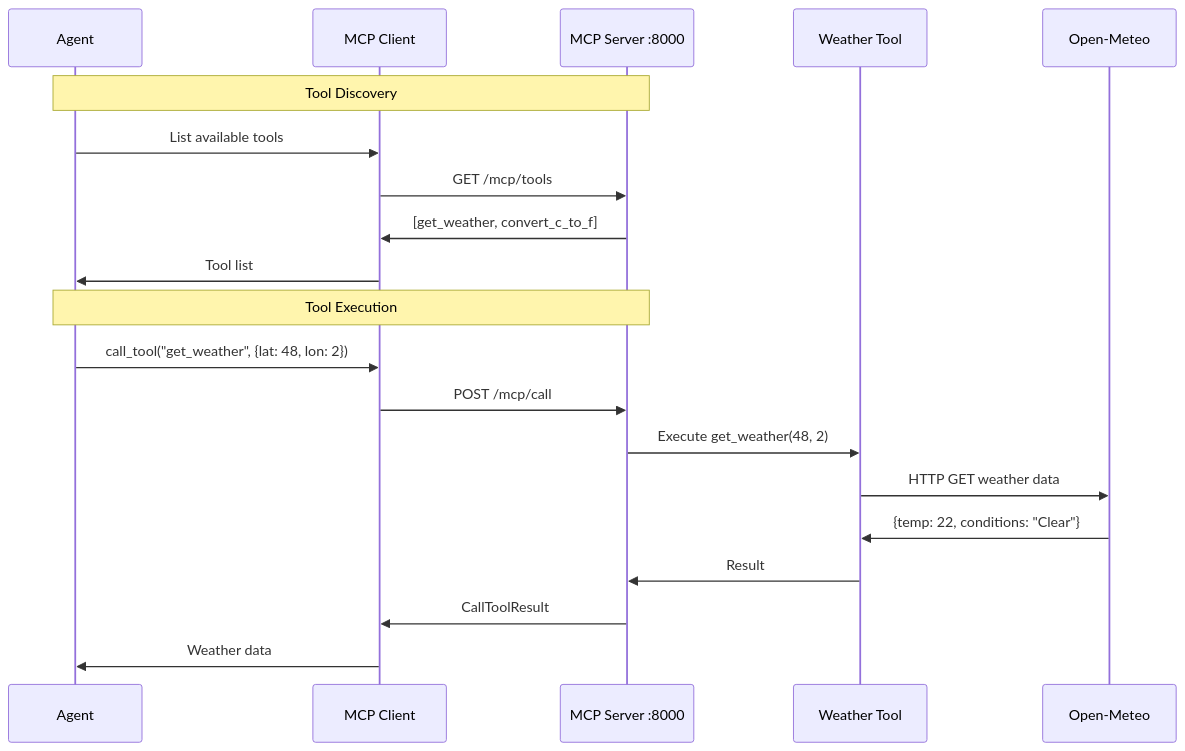
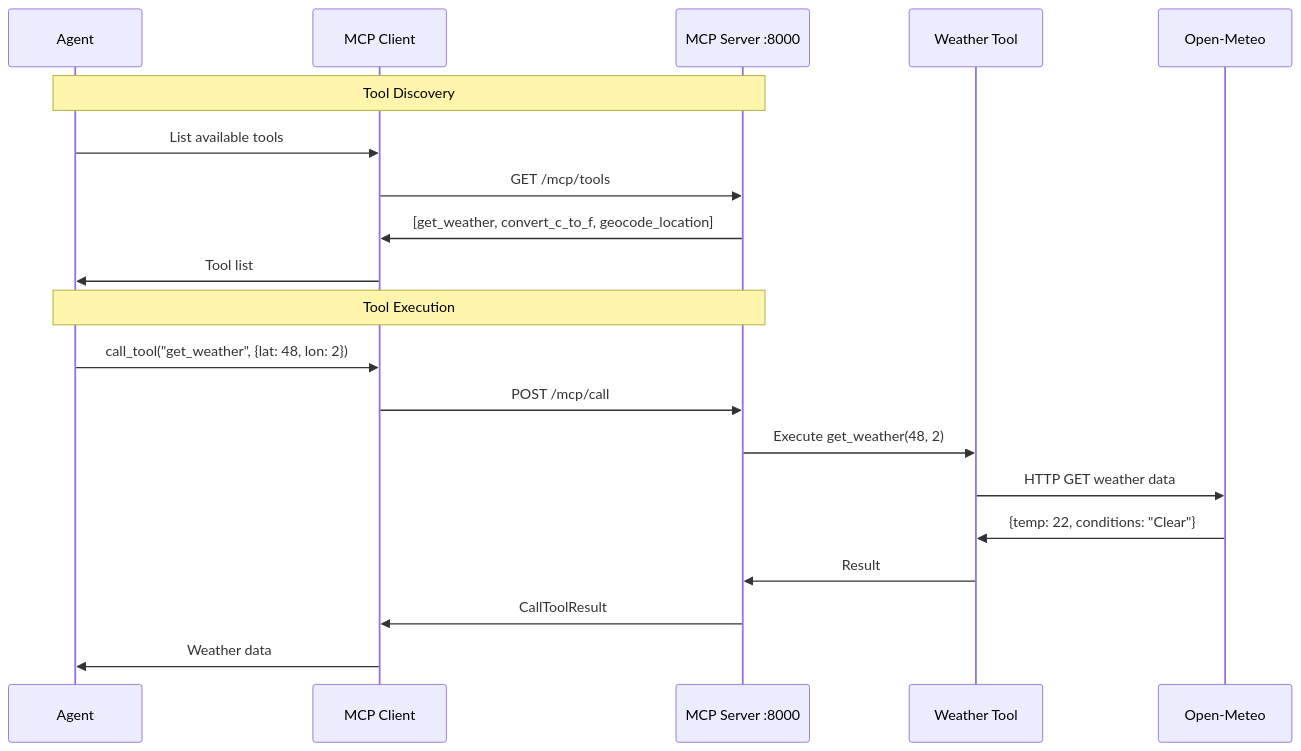
One commit to skillrepos/ai-3in1 changed the third of 4 diagrams in docs/architecture-lab3.md. Above: the diagram before and after it, drawn with Mermaid. The commit also changed other lines of this file and 10 other files, not shown here.

Commit message:
update retries and architecture diagrams

````diff
--- a/docs/architecture-lab3.md
+++ b/docs/architecture-lab3.md
@@ -62,24 +63,24 @@
 ```mermaid
 sequenceDiagram
     participant Agent
     participant Client as MCP Client
     participant Server as MCP Server :8000
     participant Tool as Weather Tool
     participant API as Open-Meteo
 
     Note over Agent,Server: Tool Discovery
     Agent->>Client: List available tools
     Client->>Server: GET /mcp/tools
-    Server->>Client: [get_weather, convert_c_to_f]
+    Server->>Client: [get_weather, convert_c_to_f, geocode_location]
     Client->>Agent: Tool list
 
     Note over Agent,Server: Tool Execution
     Agent->>Client: call_tool("get_weather", {lat: 48, lon: 2})
     Client->>Server: POST /mcp/call
     Server->>Tool: Execute get_weather(48, 2)
     Tool->>API: HTTP GET weather data
     API->>Tool: {temp: 22, conditions: "Clear"}
     Tool->>Server: Result
     Server->>Client: CallToolResult
     Client->>Agent: Weather data
 ```
````
